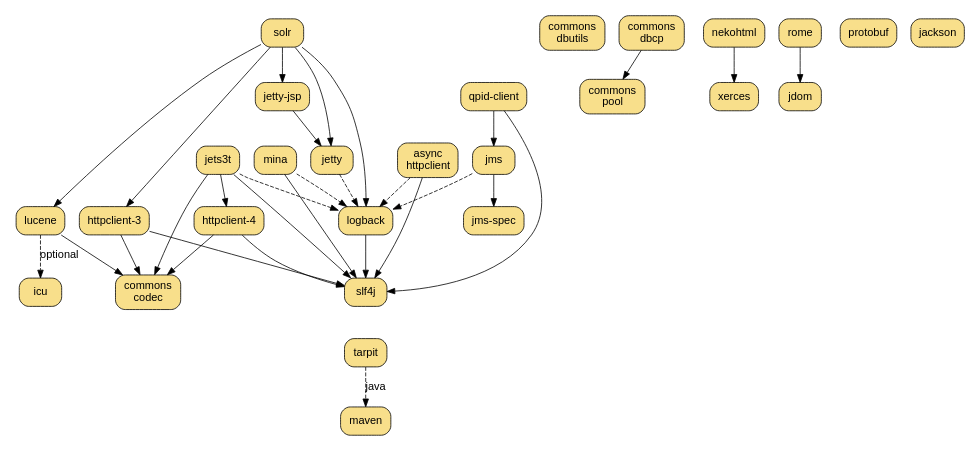
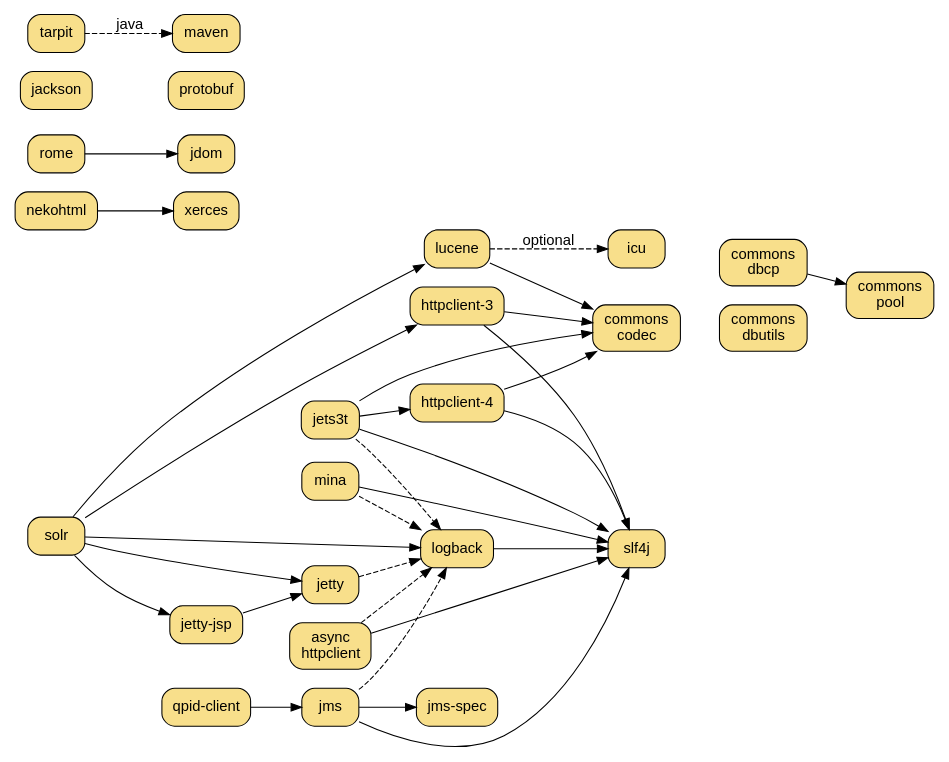
Before and after one commit to dekellum/rjack: the diagram in www/rjack.dot, drawn with Graphviz.

Commit message:
www: Improved diagram clustering

```diff
--- a/www/rjack.dot
+++ b/www/rjack.dot
@@ -1,113 +1,117 @@
 digraph "RJack Gem Dependency Graph" {
   bgcolor="transparent";
-  rankdir=TB;
-  size="7.0,7.0";
+  rankdir=LR;
+  size="7.0,6.5";
   node [ shape=box, style="filled,rounded", fillcolor="#f8df8b",
          fontname="Arial", margin="0.15,0.1" ];
   edge [ fontname="Arial" ];
 
   "solr"          [ target=_parent, URL="solr/" ];
   "lucene"        [ target=_parent, URL="lucene/" ];
 
   "jets3t"        [ target=_parent, URL="jets3t/" ];
 
   "httpclient-3"  [ target=_parent, URL="httpclient-3/" ];
   "httpclient-4"  [ target=_parent, URL="httpclient-4/" ];
 
   "icu"           [ target=_parent, URL="icu/" ];
 
   "jetty"         [ target=_parent, URL="jetty/" ];
   "jetty-jsp"     [ target=_parent, URL="jetty-jsp/" ];
 
   "slf4j"         [ target=_parent, URL="slf4j/", group=log ];
   "logback"       [ target=_parent, URL="logback/", group=log ];
 
   "commons-codec" [ label=<commons<br/>codec>
                     target=_parent, URL="commons-codec/", group=commons ];
 
   "jms-spec"      [ target=_parent, URL="jms-spec/", group=net ];
   "jms"           [ target=_parent, URL="jms/", group=net ];
   "mina"          [ target=_parent, URL="mina/", group=net ];
   "qpid-client"   [ target=_parent, URL="qpid-client/", group=net ];
 
   "async-httpclient" [ label=<async<br/>httpclient>
                        target=_parent, URL="async-httpclient/" ];
 
   subgraph cluster_db {
     style=invis
     "commons-dbcp"    [ label=<commons<br/>dbcp>
                         target=_parent, URL="commons-dbcp/", group=commons ];
     "commons-dbutils" [ label=<commons<br/>dbutils>
                         target=_parent, URL="commons-dbutils/", group=commons ];
     "commons-pool"    [ label=<commons<br/>pool>
                         target=_parent, URL="commons-pool/", group=commons ];
   }
-
   subgraph cluster_xml {
     style=invis
+
     "rome"          [ target=_parent, URL="rome/", group=ml ];
     "jdom"          [ target=_parent, URL="jdom/", group=ml ];
     "nekohtml"      [ target=_parent, URL="nekohtml/", group=ml ];
     "xerces"        [ target=_parent, URL="xerces/", group=ml ];
+
+    "rome" -> "xerces" [ style=invis ];
   }
 
-  subgraph cluster_alt_parse {
+  subgraph cluster_ser {
     style=invis
-    "jackson"       [ target=_parent, URL="jackson/" ];
-    "protobuf"      [ target=_parent, URL="protobuf/" ];
+    "jackson"       [ target=_parent, URL="jackson/", group=ser ];
+    "protobuf"      [ target=_parent, URL="protobuf/", group=ser ];
+    "jackson" -> "protobuf" [ style=invis ];
   }
 
   "tarpit"        [ target=_parent, URL="tarpit/" ];
   "maven"         [ target=_parent, URL="maven/" ];
 
   "commons-dbcp" -> "commons-pool";
   "commons-dbutils" -> "commons-pool" [ style=invis ];
 
   "tarpit"       -> "maven" [ style=dashed, label="java" ];
 
   "jets3t"       -> "logback" [ style=dashed ];
   "jets3t"       -> "httpclient-4";
   "jets3t"       -> "commons-codec";
   "jets3t"       -> "slf4j";
 
   "rome"         -> "jdom"
   "nekohtml"     -> "xerces"
 
   "httpclient-3"   -> "commons-codec";
   "httpclient-4"   -> "commons-codec";
 #  "httpclient"   -> "logback" [ style=dashed ];
   "httpclient-3"   -> "slf4j";
   "httpclient-4"   -> "slf4j";
 
   "jetty-jsp"    -> "jetty";
   "jetty"        -> "logback" [ style=dashed ];
 #  "jetty"        -> "slf4j"   [ style=dashed ];
 
   "logback"      -> "slf4j";
 
   "jms"          -> "jms-spec";
+  "jms"          -> "slf4j";
   "jms"          -> "logback" [ style=dashed ];
 
   "mina"         -> "slf4j";
   "mina"         -> "logback" [ style=dashed ];
 
   "qpid-client"  -> "jms";
-  "qpid-client"  -> "slf4j";
+#  "qpid-client"  -> "slf4j";
 #  "qpid-client"  -> "logback" [ style=dashed ];
 
   "async-httpclient" -> "slf4j"
   "async-httpclient" -> "logback" [ style=dashed ];
 
   "lucene" -> "commons-codec"
   "lucene" -> "icu"           [ style=dashed, label="optional" ];
 
   "solr"   -> "lucene"
   "solr"   -> "jetty"
   "solr"   -> "jetty-jsp"
   "solr"   -> "httpclient-3"
   "solr"   -> "logback";
 #  "solr"   -> "slf4j"
 
 # for association only
-  "slf4j" -> "tarpit" [ style=invis ];
+  "commons-codec" -> "commons-dbutils" [ style=invis ];
 }
```
